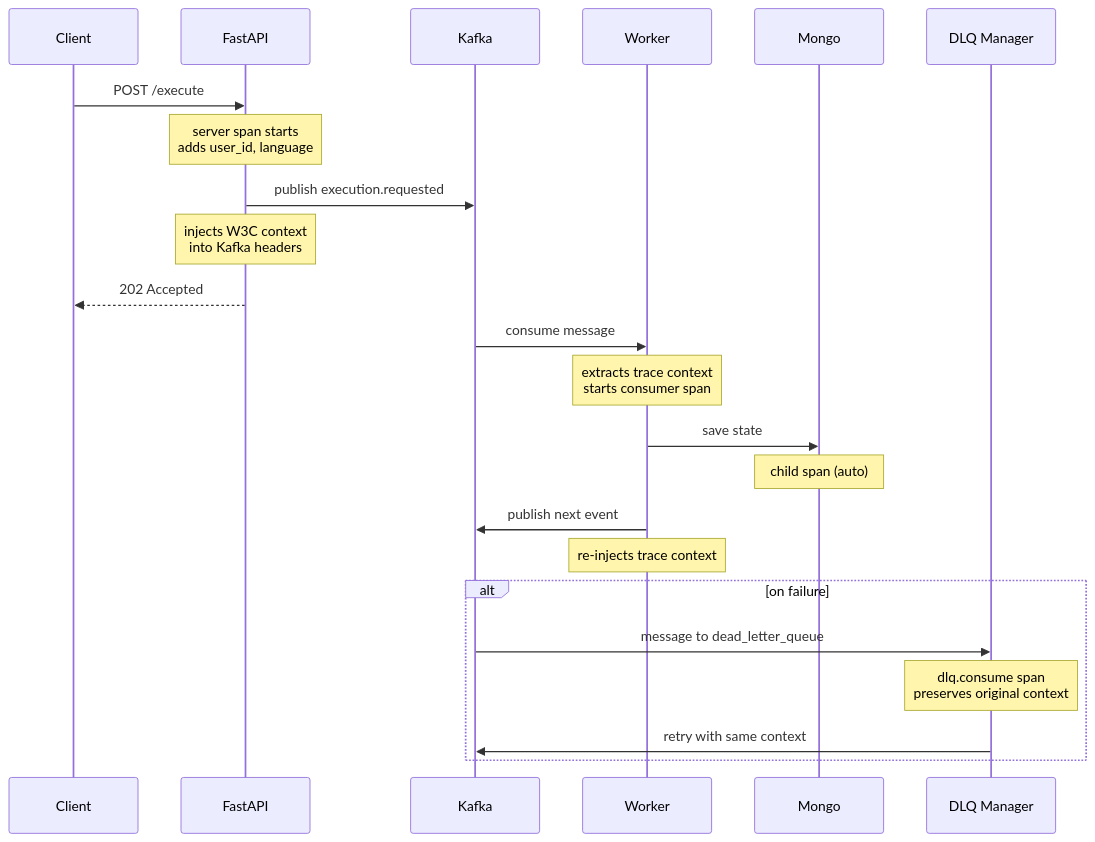
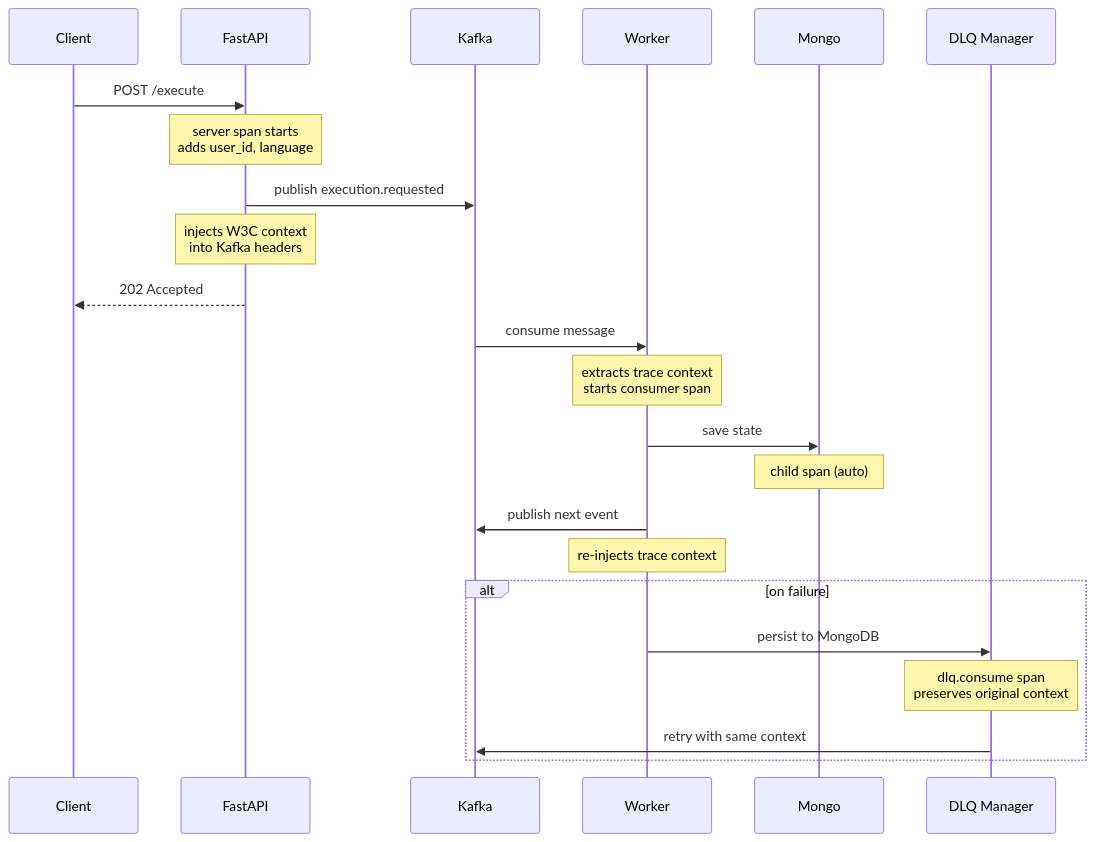
The diagram in docs/operations/tracing.md (HardMax71/Integr8sCode), drawn with Mermaid before and after one commit. The commit also changed 58 other files, not shown here.

````diff
--- a/docs/operations/tracing.md
+++ b/docs/operations/tracing.md
@@ -39,32 +39,32 @@
 ```mermaid
 sequenceDiagram
     participant Client
     participant API as FastAPI
     participant Kafka
     participant Worker
     participant Mongo
     participant DLQ as DLQ Manager
 
     Client->>API: POST /execute
     Note over API: server span starts<br/>adds user_id, language
 
     API->>Kafka: publish execution.requested
     Note over API: injects W3C context<br/>into Kafka headers
 
     API-->>Client: 202 Accepted
 
     Kafka->>Worker: consume message
     Note over Worker: extracts trace context<br/>starts consumer span
 
     Worker->>Mongo: save state
     Note over Mongo: child span (auto)
 
     Worker->>Kafka: publish next event
     Note over Worker: re-injects trace context
 
     alt on failure
-        Kafka->>DLQ: message to dead_letter_queue
+        Worker->>DLQ: persist to MongoDB
         Note over DLQ: dlq.consume span<br/>preserves original context
         DLQ->>Kafka: retry with same context
     end
 ```
````
